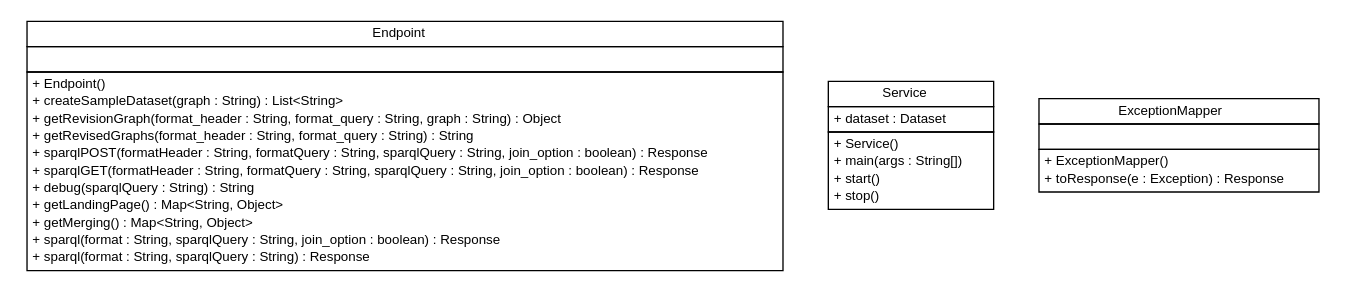
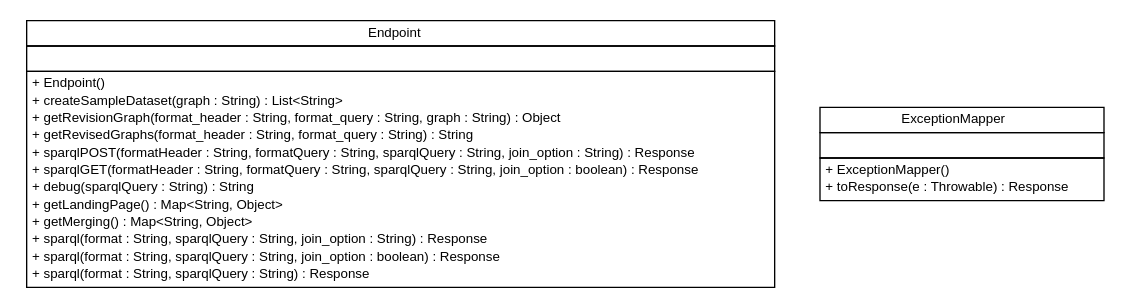
One commit to adrianorzyszek/r43ples changed the diagram in site/apidocs/de/tud/plt/r43ples/webservice/de.tud.plt.r43ples.webservice.dot. Above: the diagram before and after it, drawn with Graphviz. The commit also changed 285 other files, not shown here.

```diff
--- a/site/apidocs/de/tud/plt/r43ples/webservice/de.tud.plt.r43ples.webservice.dot
+++ b/site/apidocs/de/tud/plt/r43ples/webservice/de.tud.plt.r43ples.webservice.dot
@@ -1,62 +1,48 @@
 #!/usr/local/bin/dot
 #
 # Class diagram 
 # Generated by UMLGraph version R5_6-24-gf6e263 (http://www.umlgraph.org/)
 #
 
 digraph G {
 	edge [fontname="Helvetica",fontsize=10,labelfontname="Helvetica",labelfontsize=10];
 	node [fontname="Helvetica",fontsize=10,shape=plaintext];
 	nodesep=0.25;
 	ranksep=0.5;
 	// de.tud.plt.r43ples.webservice.Endpoint
-	c129 [label=<<table title="de.tud.plt.r43ples.webservice.Endpoint" border="0" cellborder="1" cellspacing="0" cellpadding="2" port="p" href="./Endpoint.html">
+	c0 [label=<<table title="de.tud.plt.r43ples.webservice.Endpoint" border="0" cellborder="1" cellspacing="0" cellpadding="2" port="p" href="./Endpoint.html">
 		<tr><td><table border="0" cellspacing="0" cellpadding="1">
 <tr><td align="center" balign="center"> Endpoint </td></tr>
 		</table></td></tr>
 		<tr><td><table border="0" cellspacing="0" cellpadding="1">
 <tr><td align="left" balign="left">  </td></tr>
 		</table></td></tr>
 		<tr><td><table border="0" cellspacing="0" cellpadding="1">
 <tr><td align="left" balign="left"> + Endpoint() </td></tr>
 <tr><td align="left" balign="left"> + createSampleDataset(graph : String) : List&lt;String&gt; </td></tr>
 <tr><td align="left" balign="left"> + getRevisionGraph(format_header : String, format_query : String, graph : String) : Object </td></tr>
 <tr><td align="left" balign="left"> + getRevisedGraphs(format_header : String, format_query : String) : String </td></tr>
-<tr><td align="left" balign="left"> + sparqlPOST(formatHeader : String, formatQuery : String, sparqlQuery : String, join_option : boolean) : Response </td></tr>
+<tr><td align="left" balign="left"> + sparqlPOST(formatHeader : String, formatQuery : String, sparqlQuery : String, join_option : String) : Response </td></tr>
 <tr><td align="left" balign="left"> + sparqlGET(formatHeader : String, formatQuery : String, sparqlQuery : String, join_option : boolean) : Response </td></tr>
 <tr><td align="left" balign="left"> + debug(sparqlQuery : String) : String </td></tr>
 <tr><td align="left" balign="left"> + getLandingPage() : Map&lt;String, Object&gt; </td></tr>
 <tr><td align="left" balign="left"> + getMerging() : Map&lt;String, Object&gt; </td></tr>
+<tr><td align="left" balign="left"> + sparql(format : String, sparqlQuery : String, join_option : String) : Response </td></tr>
 <tr><td align="left" balign="left"> + sparql(format : String, sparqlQuery : String, join_option : boolean) : Response </td></tr>
 <tr><td align="left" balign="left"> + sparql(format : String, sparqlQuery : String) : Response </td></tr>
 		</table></td></tr>
 		</table>>, URL="./Endpoint.html", fontname="Helvetica", fontcolor="black", fontsize=10.0];
-	// de.tud.plt.r43ples.webservice.Service
-	c130 [label=<<table title="de.tud.plt.r43ples.webservice.Service" border="0" cellborder="1" cellspacing="0" cellpadding="2" port="p" href="./Service.html">
-		<tr><td><table border="0" cellspacing="0" cellpadding="1">
-<tr><td align="center" balign="center"> Service </td></tr>
-		</table></td></tr>
-		<tr><td><table border="0" cellspacing="0" cellpadding="1">
-<tr><td align="left" balign="left"> + dataset : Dataset </td></tr>
-		</table></td></tr>
-		<tr><td><table border="0" cellspacing="0" cellpadding="1">
-<tr><td align="left" balign="left"> + Service() </td></tr>
-<tr><td align="left" balign="left"> + main(args : String[]) </td></tr>
-<tr><td align="left" balign="left"> + start() </td></tr>
-<tr><td align="left" balign="left"> + stop() </td></tr>
-		</table></td></tr>
-		</table>>, URL="./Service.html", fontname="Helvetica", fontcolor="black", fontsize=10.0];
 	// de.tud.plt.r43ples.webservice.ExceptionMapper
-	c131 [label=<<table title="de.tud.plt.r43ples.webservice.ExceptionMapper" border="0" cellborder="1" cellspacing="0" cellpadding="2" port="p" href="./ExceptionMapper.html">
+	c1 [label=<<table title="de.tud.plt.r43ples.webservice.ExceptionMapper" border="0" cellborder="1" cellspacing="0" cellpadding="2" port="p" href="./ExceptionMapper.html">
 		<tr><td><table border="0" cellspacing="0" cellpadding="1">
 <tr><td align="center" balign="center"> ExceptionMapper </td></tr>
 		</table></td></tr>
 		<tr><td><table border="0" cellspacing="0" cellpadding="1">
 <tr><td align="left" balign="left">  </td></tr>
 		</table></td></tr>
 		<tr><td><table border="0" cellspacing="0" cellpadding="1">
 <tr><td align="left" balign="left"> + ExceptionMapper() </td></tr>
-<tr><td align="left" balign="left"> + toResponse(e : Exception) : Response </td></tr>
+<tr><td align="left" balign="left"> + toResponse(e : Throwable) : Response </td></tr>
 		</table></td></tr>
 		</table>>, URL="./ExceptionMapper.html", fontname="Helvetica", fontcolor="black", fontsize=10.0];
 }
```
